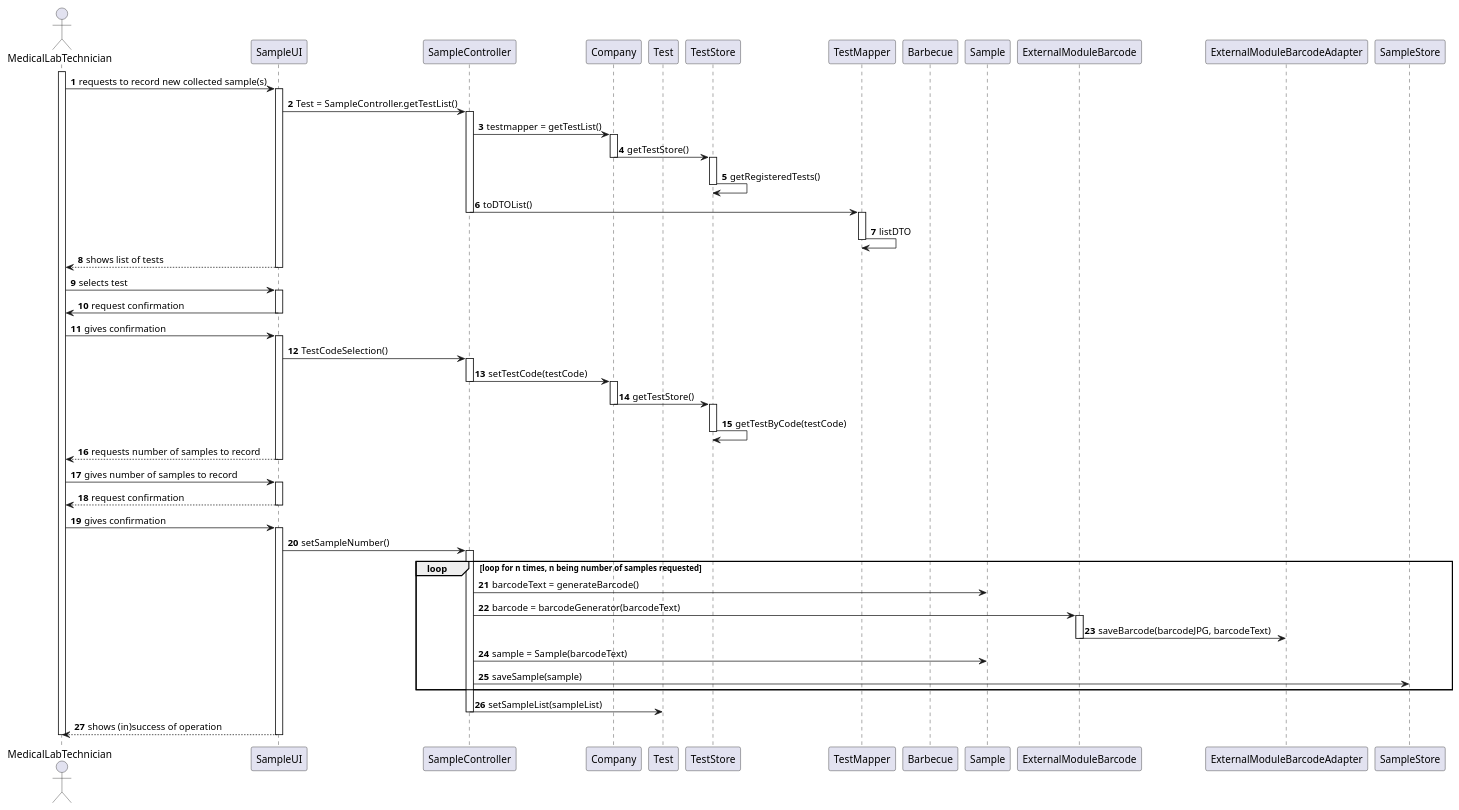
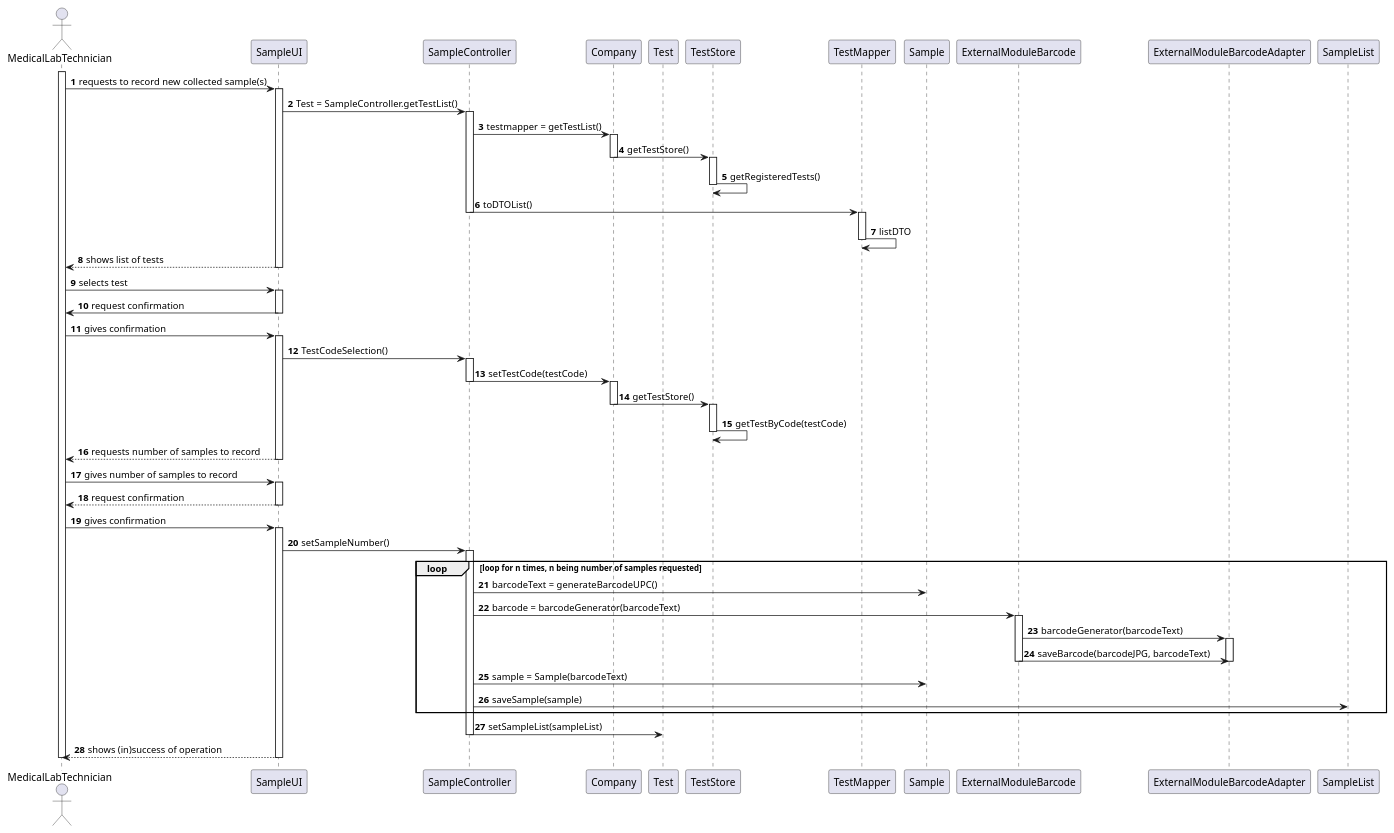
Before and after one commit to MadDinosaur/ISEP-LAPR2: the diagram in docs/SprintC/US5/US5_SD.puml, drawn with PlantUML. The commit also changed 5 other files, not shown here.

```diff
--- a/docs/SprintC/US5/US5_SD.puml
+++ b/docs/SprintC/US5/US5_SD.puml
@@ -1,79 +1,81 @@
 @startuml
 
 autonumber
 
 actor MedicalLabTechnician as mlt
 participant SampleUI as UI
 participant SampleController as Controller
 participant Company
 participant Test
 participant TestStore
 participant TestMapper
-participant Barbecue as API
 participant Sample
 participant ExternalModuleBarcode as emb
 participant ExternalModuleBarcodeAdapter as emba
-participant SampleStore
+participant SampleList
 
 activate mlt
 mlt -> UI: requests to record new collected sample(s)
 activate UI
 UI -> Controller: Test = SampleController.getTestList()
 activate Controller
 Controller -> Company: testmapper = getTestList()
 activate Company
 Company -> TestStore: getTestStore()
 deactivate Company
 activate TestStore
 TestStore -> TestStore: getRegisteredTests()
 deactivate TestStore
 Controller -> TestMapper: toDTOList()
 deactivate Controller
 activate TestMapper
 TestMapper -> TestMapper: listDTO
 deactivate TestMapper
 deactivate Company
 UI --> mlt: shows list of tests
 deactivate UI
 mlt -> UI: selects test
 activate UI
 UI -> mlt: request confirmation
 deactivate UI
 mlt -> UI: gives confirmation
 activate UI
 UI -> Controller: TestCodeSelection()
 activate Controller
 Controller -> Company: setTestCode(testCode)
 deactivate Controller
 activate Company
 Company -> TestStore: getTestStore()
 deactivate Company
 activate TestStore
 TestStore -> TestStore: getTestByCode(testCode)
 deactivate TestStore
 UI --> mlt: requests number of samples to record
 deactivate UI
 mlt -> UI: gives number of samples to record
 activate UI
 UI --> mlt: request confirmation
 deactivate UI
 mlt -> UI: gives confirmation
 activate UI
 UI -> Controller: setSampleNumber()
 activate Controller
 loop loop for n times, n being number of samples requested
-Controller -> Sample: barcodeText = generateBarcode()
+Controller -> Sample: barcodeText = generateBarcodeUPC()
 Controller -> emb: barcode = barcodeGenerator(barcodeText)
 activate emb
+emb -> emba: barcodeGenerator(barcodeText)
+activate emba
 emb -> emba: saveBarcode(barcodeJPG, barcodeText)
+deactivate emba
 deactivate emb
 Controller -> Sample: sample = Sample(barcodeText)
-Controller -> SampleStore: saveSample(sample)
+Controller -> SampleList: saveSample(sample)
 end loop
 Controller -> Test: setSampleList(sampleList)
 deactivate Controller
 UI --> mlt: shows (in)success of operation
 deactivate UI
 deactivate mlt
 
 @enduml
```
